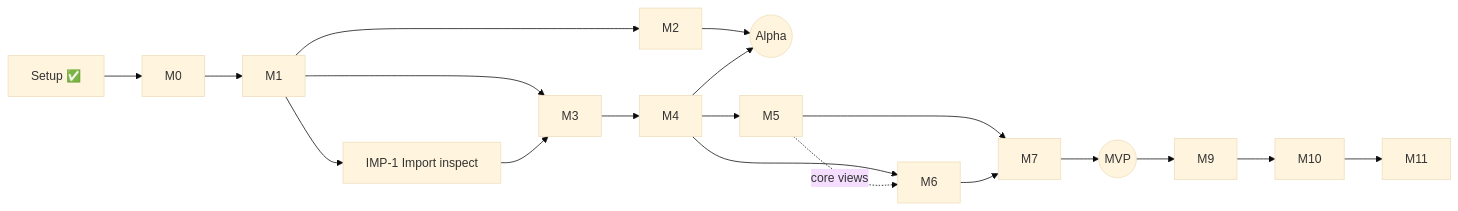
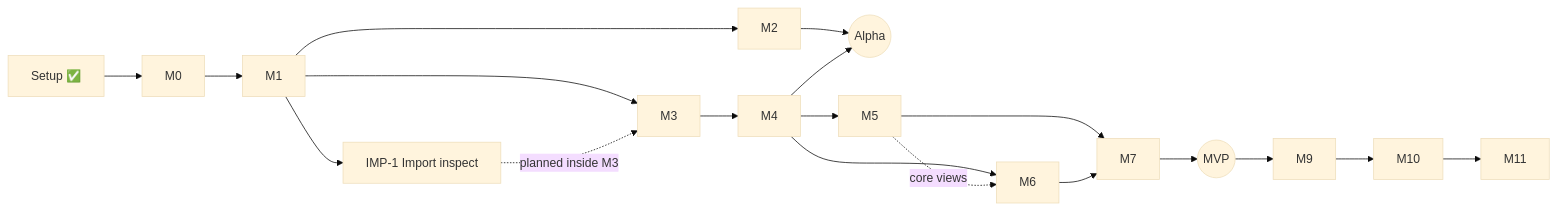
Before and after one commit to jash-aeio/AtlasRealm: the first of 4 diagrams in docs/pm/DEPENDENCIES.md, drawn with Mermaid (base theme). The commit also changed other lines of this file and 4 other files, not shown here.

````diff
--- a/docs/pm/DEPENDENCIES.md
+++ b/docs/pm/DEPENDENCIES.md
@@ -7,19 +7,19 @@
 ```mermaid
 flowchart LR
   S[Setup ✅] --> M0
   M0 --> M1
   M1 --> M2
   M1 --> M3
   M1 --> IMP1[IMP-1 Import inspect]
-  IMP1 --> M3
+  IMP1 -. planned inside M3 .-> M3
   M3 --> M4
   M2 --> ALPHA((Alpha))
   M4 --> ALPHA
   M4 --> M5
   M4 --> M6
   M5 -. core views .-> M6
   M5 --> M7
   M6 --> M7
   M7 --> M8((MVP))
   M8 --> M9 --> M10 --> M11
 ```
````
